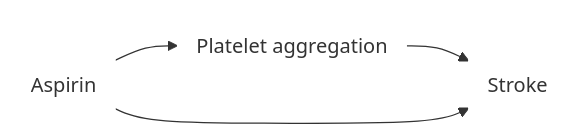
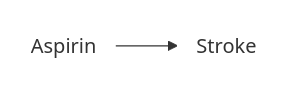
Before and after one commit to birth-outcomes/birth_outcomes_summary: the third of 15 diagrams in book_birth_outcomes_summary/design_causal.md, drawn with Mermaid. The commit also changed other lines of this file and 1 other file, not shown here.

`````diff
--- a/book_birth_outcomes_summary/design_causal.md
+++ b/book_birth_outcomes_summary/design_causal.md
@@ -145,14 +66,11 @@
 ````{mermaid}
   flowchart LR;
 
     asp("Aspirin"):::white;
-    plat("Platelet aggregation"):::white;
-    stroke("Stroke"):::white;
+    str("Stroke"):::white;
 
-    asp --> plat;
-    plat --> stroke;
-    asp --> stroke;
+    asp --> str;
 
     classDef white fill:#FFFFFF, stroke:#FFFFFF
     classDef black fill:#FFFFFF, stroke:#000000
 ````
`````
